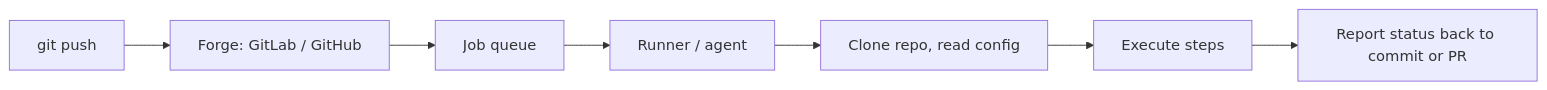
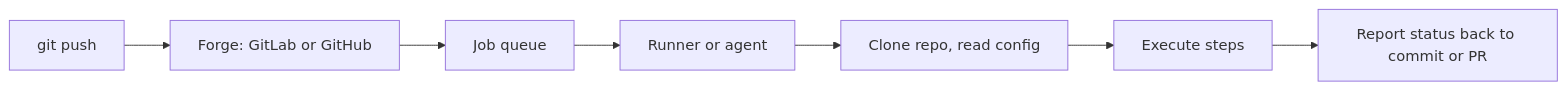
Before and after one commit to locchh/sw-handbook: the second of 8 diagrams in docs/software/tool_tip/cicd.md, drawn with Mermaid. The commit also changed other lines of this file, not shown here.

First line of the commit message:
docs: give each CI/CD platform its own anatomy and mechanism diagram

````diff
--- a/docs/software/tool_tip/cicd.md
+++ b/docs/software/tool_tip/cicd.md
@@ -64,9 +60,9 @@
 ```mermaid
 flowchart LR
-    D[git push] --> F[Forge: GitLab / GitHub]
+    D[git push] --> F[Forge: GitLab or GitHub]
     F --> Q[Job queue]
-    Q --> R[Runner / agent]
+    Q --> R[Runner or agent]
     R --> C[Clone repo, read config]
     C --> E[Execute steps]
     E --> S[Report status back to commit or PR]
 ```
````
